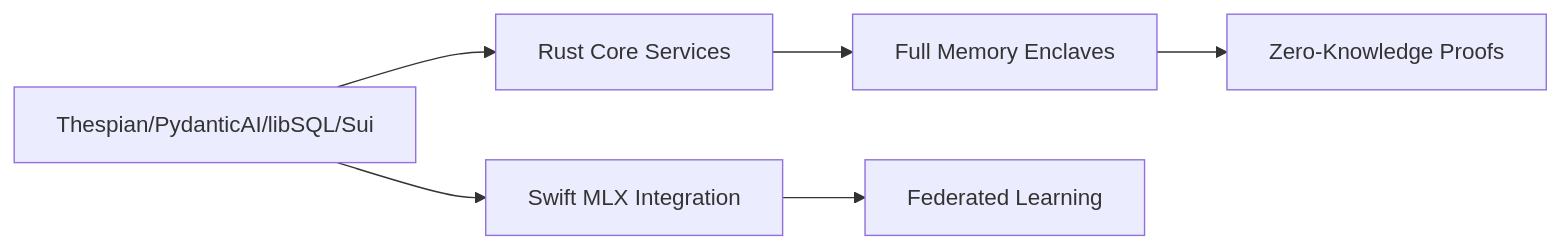
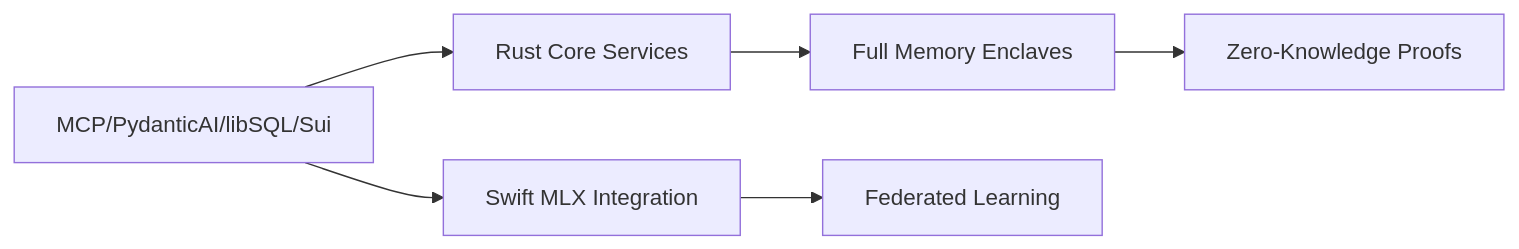
One commit to yusefmosiah/Choir.chat changed the diagram in docs/evolution_stack.md. Above: the diagram before and after it, drawn with Mermaid. The commit also changed other lines of this file and 26 other files, not shown here.

````diff
--- a/docs/evolution_stack.md
+++ b/docs/evolution_stack.md
@@ -113,10 +111,10 @@
 ```mermaid
 graph LR
-    Current[Thespian/PydanticAI/libSQL/Sui]
+    Current[MCP/PydanticAI/libSQL/Sui]
     --> RustCore[Rust Core Services]
     --> SGX[Full Memory Enclaves]
     --> ZK[Zero-Knowledge Proofs]
 
     Current --> OnDevice[Swift MLX Integration]
     --> Federated[Federated Learning]
 ```
````
